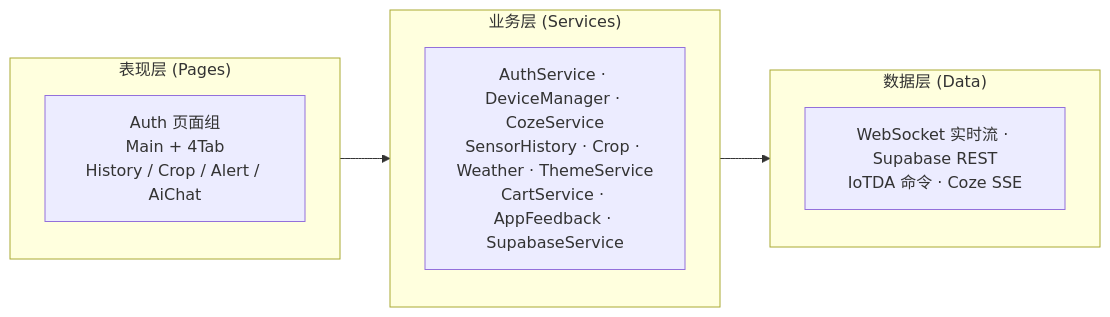
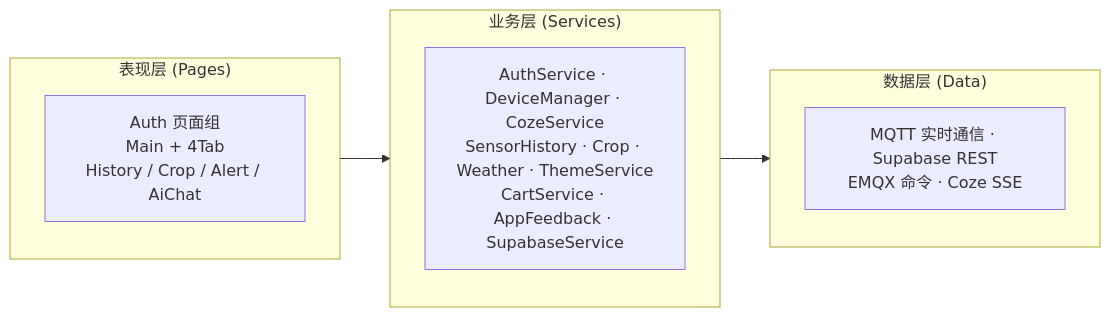
Before and after one commit to 42419/smartfarm_flutter: the third of 3 diagrams in README.md, drawn with Mermaid. The commit also changed other lines of this file, not shown here.

````diff
--- a/README.md
+++ b/README.md
@@ -185,13 +170,13 @@
 ```mermaid
 graph LR
     subgraph L1["表现层 (Pages)"]
         UI[Auth 页面组<br/>Main + 4Tab<br/>History / Crop / Alert / AiChat]
     end
     subgraph L2["业务层 (Services)"]
         BIZ[AuthService · DeviceManager · CozeService<br/>SensorHistory · Crop · Weather · ThemeService<br/>CartService · AppFeedback · SupabaseService]
     end
     subgraph L3["数据层 (Data)"]
-        DATA[WebSocket 实时流 · Supabase REST<br/>IoTDA 命令 · Coze SSE]
+        DATA[MQTT 实时通信 · Supabase REST<br/>EMQX 命令 · Coze SSE]
     end
     L1 --> L2 --> L3
 ```
````
